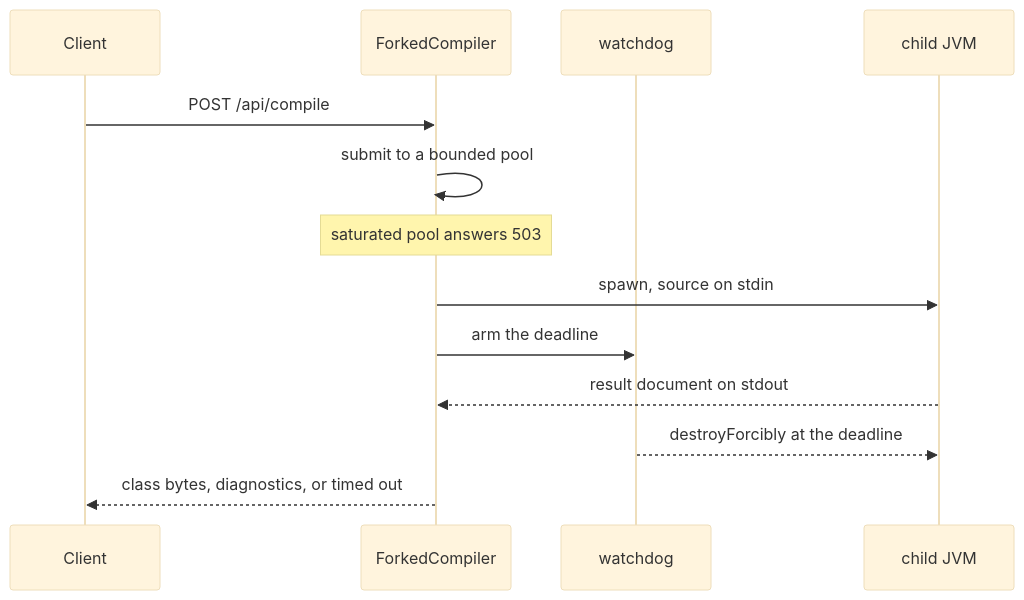
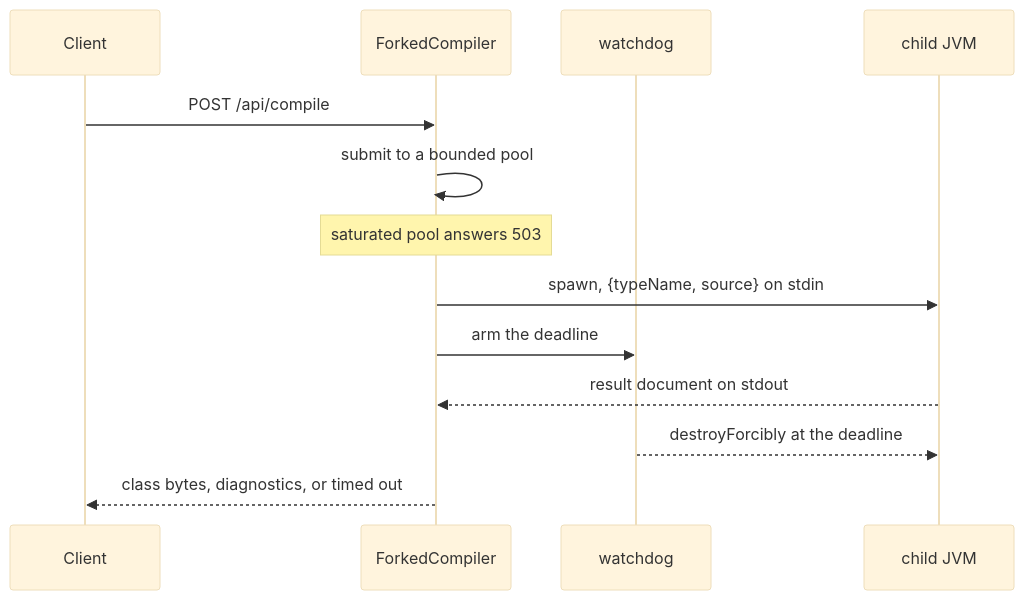
Before and after one commit to mblaszczykowski/JVM-Bytecode-Visualizer: the third of 3 diagrams in docs/architecture.md, drawn with Mermaid (base theme). The commit also changed other lines of this file and 19 other files, not shown here.

````diff
--- a/docs/architecture.md
+++ b/docs/architecture.md
@@ -278,15 +389,15 @@
 ```mermaid
 sequenceDiagram
   participant Client
   participant Parent as ForkedCompiler
   participant Watchdog as watchdog
   participant Child as child JVM
   Client->>Parent: POST /api/compile
   Parent->>Parent: submit to a bounded pool
   Note over Parent: saturated pool answers 503
-  Parent->>Child: spawn, source on stdin
+  Parent->>Child: spawn, {typeName, source} on stdin
   Parent->>Watchdog: arm the deadline
   Child-->>Parent: result document on stdout
   Watchdog-->>Child: destroyForcibly at the deadline
   Parent-->>Client: class bytes, diagnostics, or timed out
 ```
````
